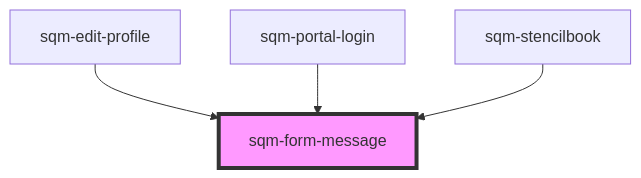
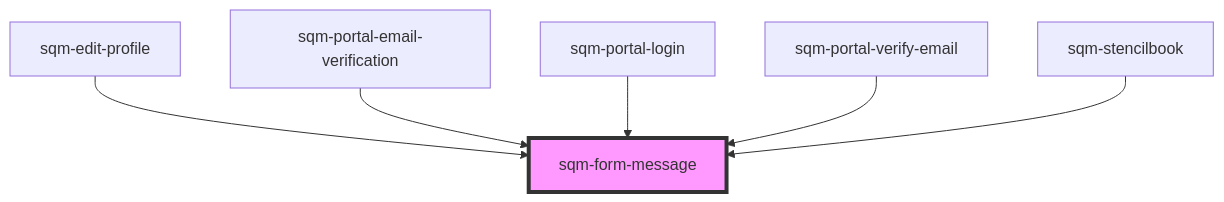
One commit to saasquatch/program-tools changed the diagram in packages/mint-components/src/components/sqm-form-message/readme.md. Above: the diagram before and after it, drawn with Mermaid. The commit also changed 18 other files, not shown here.

Commit message:
IH: add email verification hooks for portal

````diff
--- a/packages/mint-components/src/components/sqm-form-message/readme.md
+++ b/packages/mint-components/src/components/sqm-form-message/readme.md
@@ -24,7 +24,9 @@
 ```mermaid
 graph TD;
   sqm-edit-profile --> sqm-form-message
+  sqm-portal-email-verification --> sqm-form-message
   sqm-portal-login --> sqm-form-message
+  sqm-portal-verify-email --> sqm-form-message
   sqm-stencilbook --> sqm-form-message
   style sqm-form-message fill:#f9f,stroke:#333,stroke-width:4px
 ```
````
